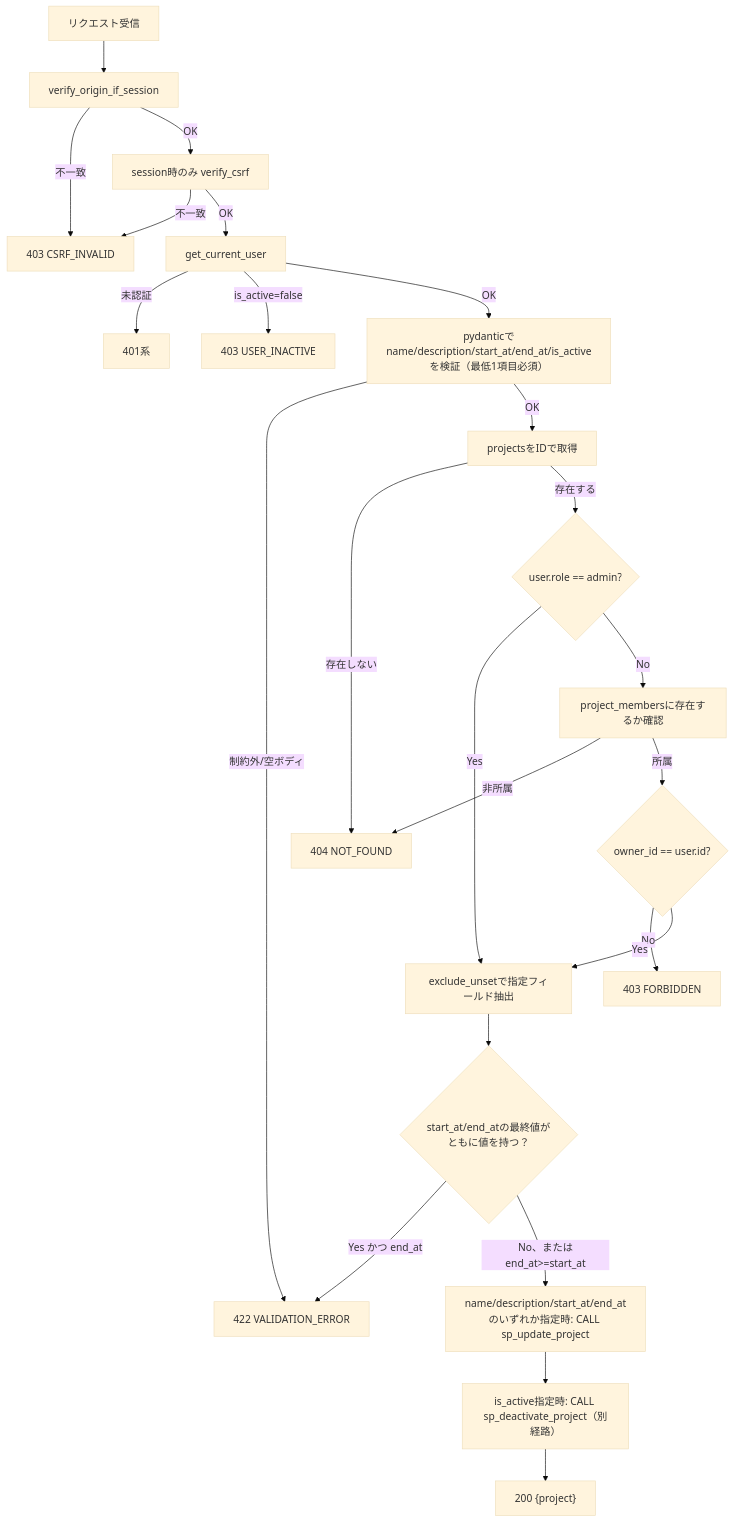
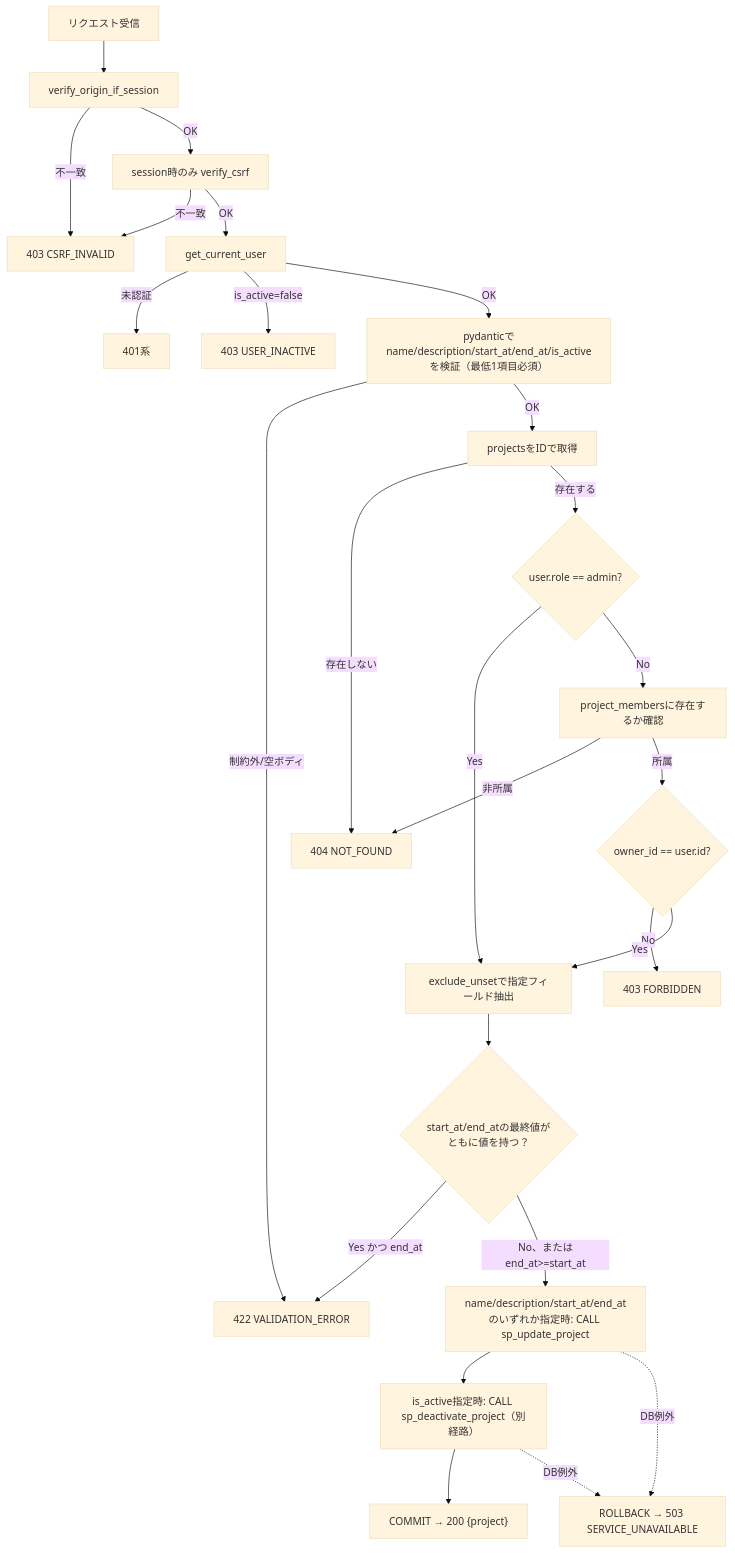
The second of 4 diagrams in docs/detailed_design/api/projects/04_patch_project.md (oikawa-d/task_management), drawn with Mermaid (base theme) before and after one commit. The commit also changed other lines of this file and 8 other files, not shown here.

````diff
--- a/docs/detailed_design/api/projects/04_patch_project.md
+++ b/docs/detailed_design/api/projects/04_patch_project.md
@@ -148,26 +153,28 @@
 ```mermaid
 flowchart TB
     A["リクエスト受信"] --> B["verify_origin_if_session"]
     B -->|"不一致"| B1["403 CSRF_INVALID"]
     B -->|"OK"| C["session時のみ verify_csrf"]
     C -->|"不一致"| B1
     C -->|"OK"| D["get_current_user"]
     D -->|"未認証"| D1["401系"]
     D -->|"is_active=false"| D2["403 USER_INACTIVE"]
     D -->|"OK"| E["pydanticでname/description/start_at/end_at/is_activeを検証（最低1項目必須）"]
     E -->|"制約外/空ボディ"| E1["422 VALIDATION_ERROR"]
     E -->|"OK"| F["projectsをIDで取得"]
     F -->|"存在しない"| F1["404 NOT_FOUND"]
     F -->|"存在する"| G{"user.role == admin?"}
     G -->|"Yes"| H["exclude_unsetで指定フィールド抽出"]
     G -->|"No"| I["project_membersに存在するか確認"]
     I -->|"非所属"| F1
     I -->|"所属"| J{"owner_id == user.id?"}
     J -->|"No"| J1["403 FORBIDDEN"]
     J -->|"Yes"| H
     H --> H1{"start_at/end_atの最終値がともに値を持つ？"}
     H1 -->|"Yes かつ end_at<start_at"| E1
     H1 -->|"No、またはend_at>=start_at"| K["name/description/start_at/end_atのいずれか指定時: CALL sp_update_project"]
     K --> K2["is_active指定時: CALL sp_deactivate_project（別経路）"]
-    K2 --> L["200 {project}"]
+    K2 --> L["COMMIT → 200 {project}"]
+    K -.->|"DB例外"| M["ROLLBACK → 503 SERVICE_UNAVAILABLE"]
+    K2 -.->|"DB例外"| M
 ```
````
